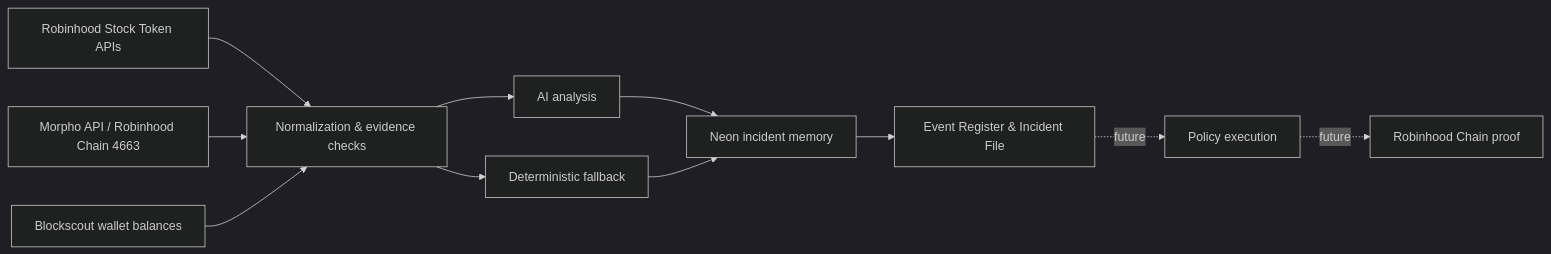
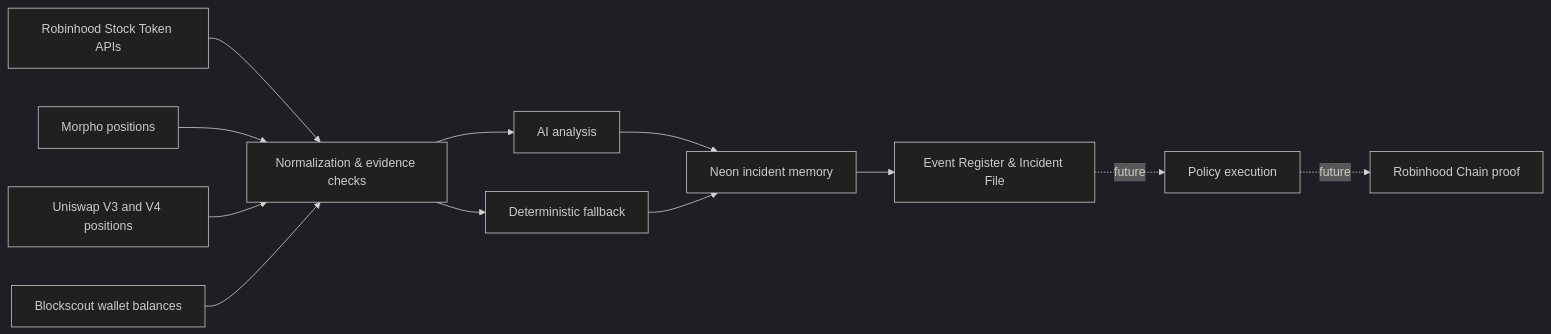
Before and after one commit to jiyu1337/mihari: the diagram in README.md, drawn with Mermaid (dark theme). The commit also changed other lines of this file and 4 other files, not shown here.

````diff
--- a/README.md
+++ b/README.md
@@ -79,13 +82,14 @@
 ```mermaid
 flowchart LR
     A["Robinhood Stock Token APIs"] --> B["Normalization & evidence checks"]
-    M["Morpho API / Robinhood Chain 4663"] --> B
+    M["Morpho positions"] --> B
+    U["Uniswap V3 and V4 positions"] --> B
     W["Blockscout wallet balances"] --> B
     B --> C["AI analysis"]
     B --> D["Deterministic fallback"]
     C --> E["Neon incident memory"]
     D --> E
     E --> F["Event Register & Incident File"]
     F -. future .-> G["Policy execution"]
     G -. future .-> H["Robinhood Chain proof"]
 ```
````
